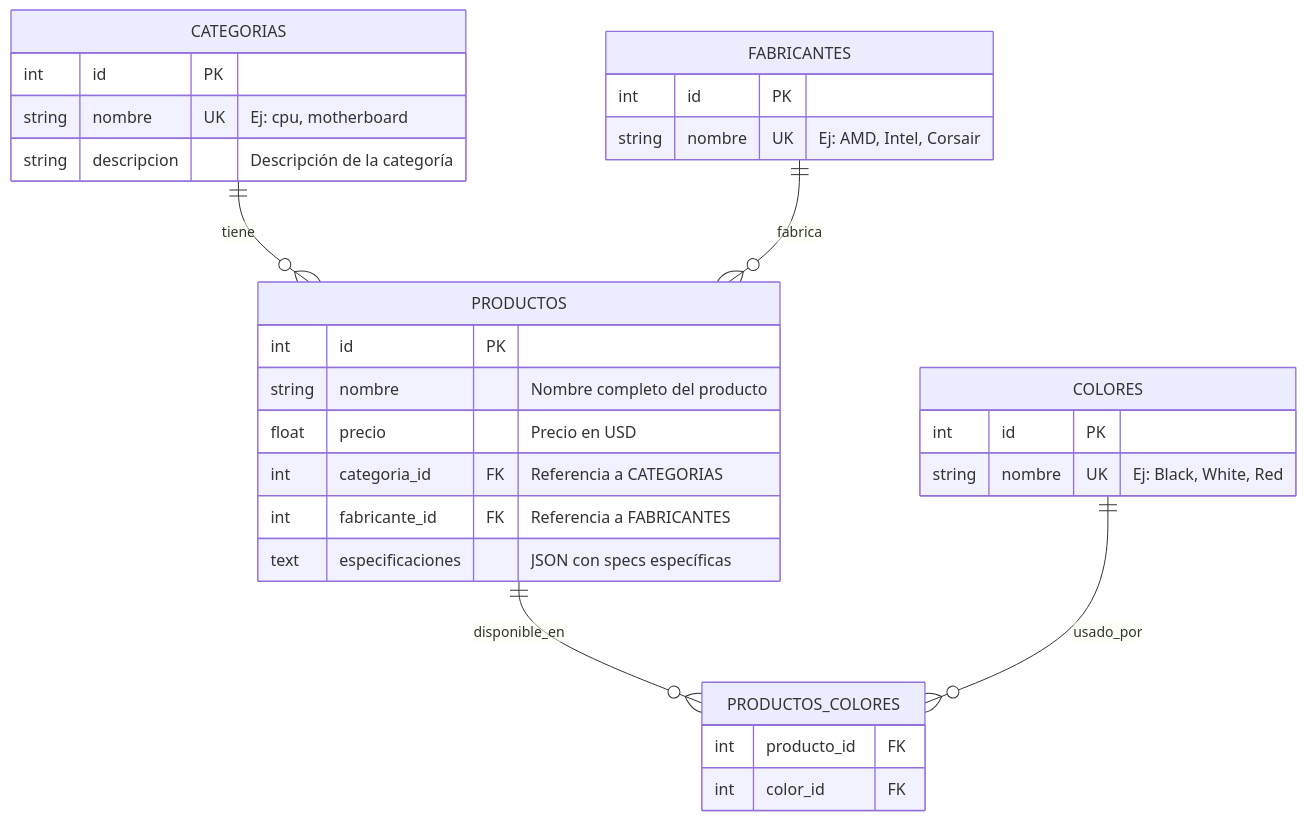
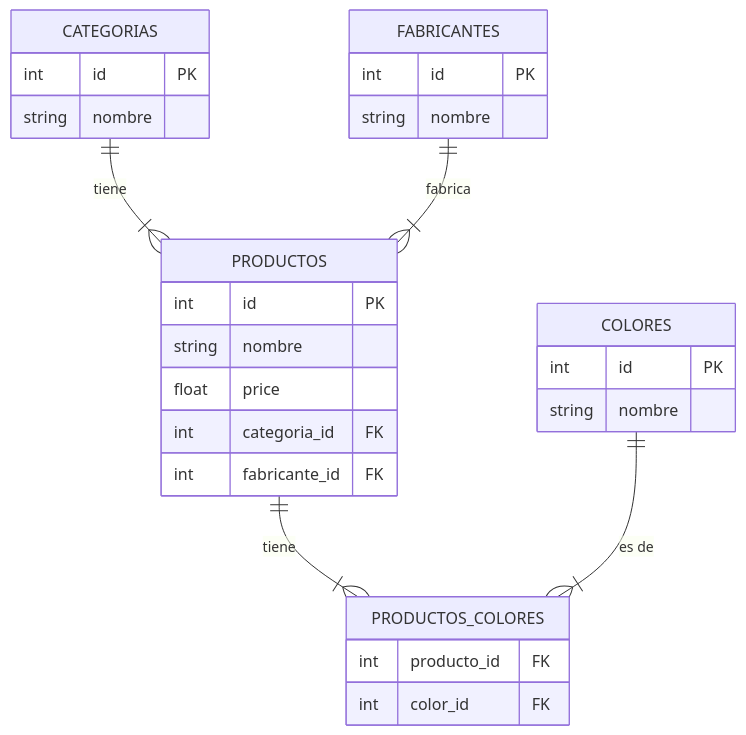
Before and after one commit to alxz0212/ejercicios-bigdata: the second of 3 diagrams in ejercicios/01_bases_de_datos/1.1_introduccion_sqlite/ANALISIS_DATOS.md, drawn with Mermaid. The commit also changed other lines of this file and 5 other files, not shown here.

````diff
--- a/ejercicios/01_bases_de_datos/1.1_introduccion_sqlite/ANALISIS_DATOS.md
+++ b/ejercicios/01_bases_de_datos/1.1_introduccion_sqlite/ANALISIS_DATOS.md
@@ -209,38 +136,31 @@
 ```mermaid
 erDiagram
+    CATEGORIAS ||--|{ PRODUCTOS : "tiene"
+    FABRICANTES ||--|{ PRODUCTOS : "fabrica"
+    PRODUCTOS ||--|{ PRODUCTOS_COLORES : "tiene"
+    COLORES ||--|{ PRODUCTOS_COLORES : "es de"
+
     CATEGORIAS {
         int id PK
-        string nombre UK "Ej: cpu, motherboard"
-        string descripcion "Descripción de la categoría"
+        string nombre
     }
-
     FABRICANTES {
         int id PK
-        string nombre UK "Ej: AMD, Intel, Corsair"
+        string nombre
     }
-
     PRODUCTOS {
         int id PK
-        string nombre "Nombre completo del producto"
-        float precio "Precio en USD"
-        int categoria_id FK "Referencia a CATEGORIAS"
-        int fabricante_id FK "Referencia a FABRICANTES"
-        text especificaciones "JSON con specs específicas"
+        string nombre
+        float price
+        int categoria_id FK
+        int fabricante_id FK
     }
-
     COLORES {
         int id PK
-        string nombre UK "Ej: Black, White, Red"
+        string nombre
     }
-
     PRODUCTOS_COLORES {
         int producto_id FK
         int color_id FK
     }
-
-    %% Relaciones
-    CATEGORIAS ||--o{ PRODUCTOS : "tiene"
-    FABRICANTES ||--o{ PRODUCTOS : "fabrica"
-    PRODUCTOS ||--o{ PRODUCTOS_COLORES : "disponible_en"
-    COLORES ||--o{ PRODUCTOS_COLORES : "usado_por"
 ```
````
